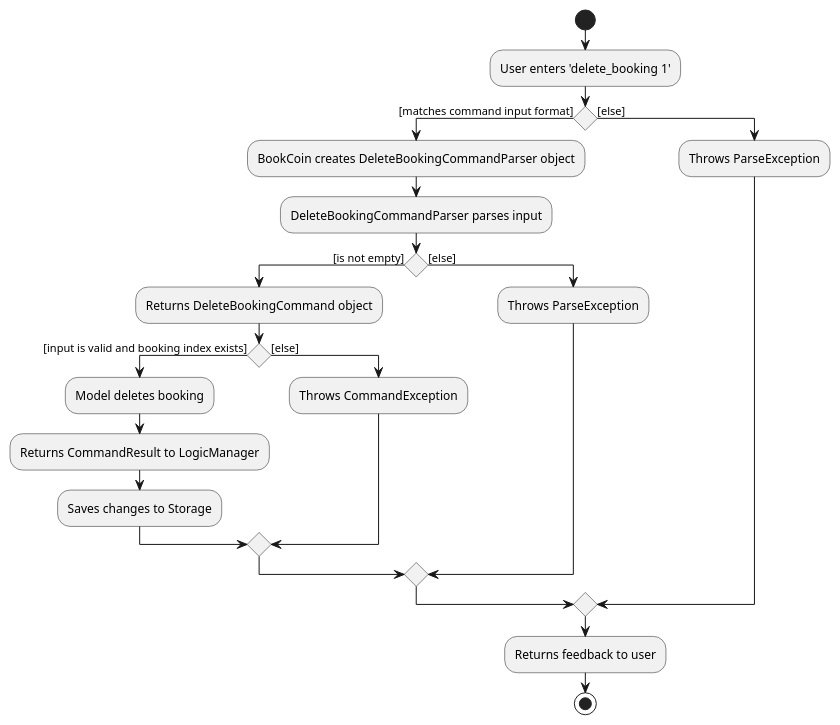
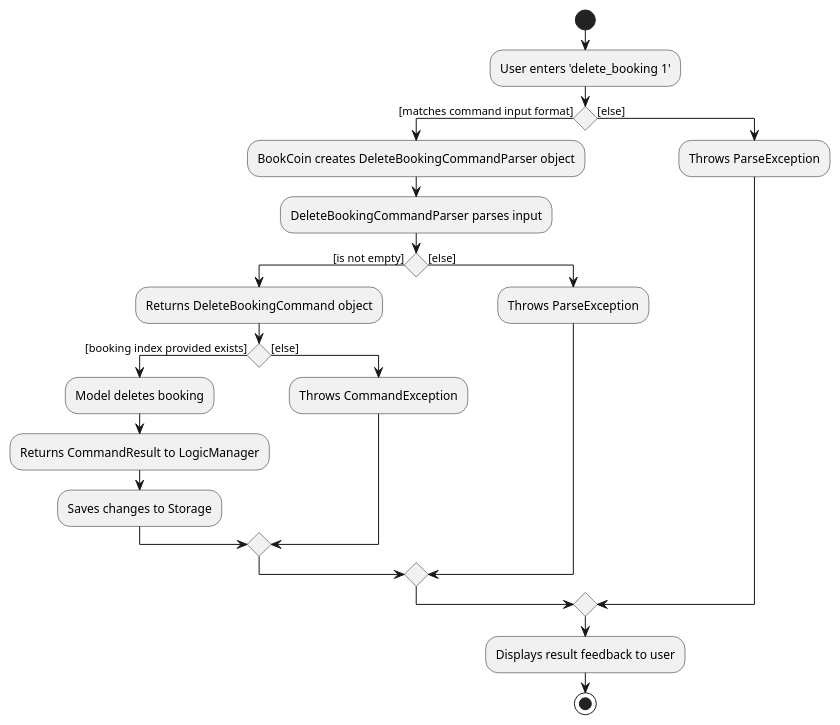
Before and after one commit to ming-00/tp: the diagram in docs/diagrams/DeleteBookingActivityDiagram.puml, drawn with PlantUML. The commit also changed other lines of this file, not shown here.

```diff
--- a/docs/diagrams/DeleteBookingActivityDiagram.puml
+++ b/docs/diagrams/DeleteBookingActivityDiagram.puml
@@ -3,29 +3,29 @@
 @startuml
 
 start
 :User enters 'delete_booking 1';
 
     if () then ([matches command input format])
     :BookCoin creates DeleteBookingCommandParser object;
     :DeleteBookingCommandParser parses input;
         if () then ([is not empty])
             :Returns DeleteBookingCommand object;
-            if () then ([input is valid and booking index exists])
+            if () then ([booking index provided exists])
                 :Model deletes booking;
                 :Returns CommandResult to LogicManager;
                 :Saves changes to Storage;
             else ([else])
                 :Throws CommandException;
             endif
         else ([else])
             :Throws ParseException;
         endif
     else ([else])
         :Throws ParseException;
     endif
 
-:Returns feedback to user;
+:Displays result feedback to user;
 
 stop
 
 @enduml
```
